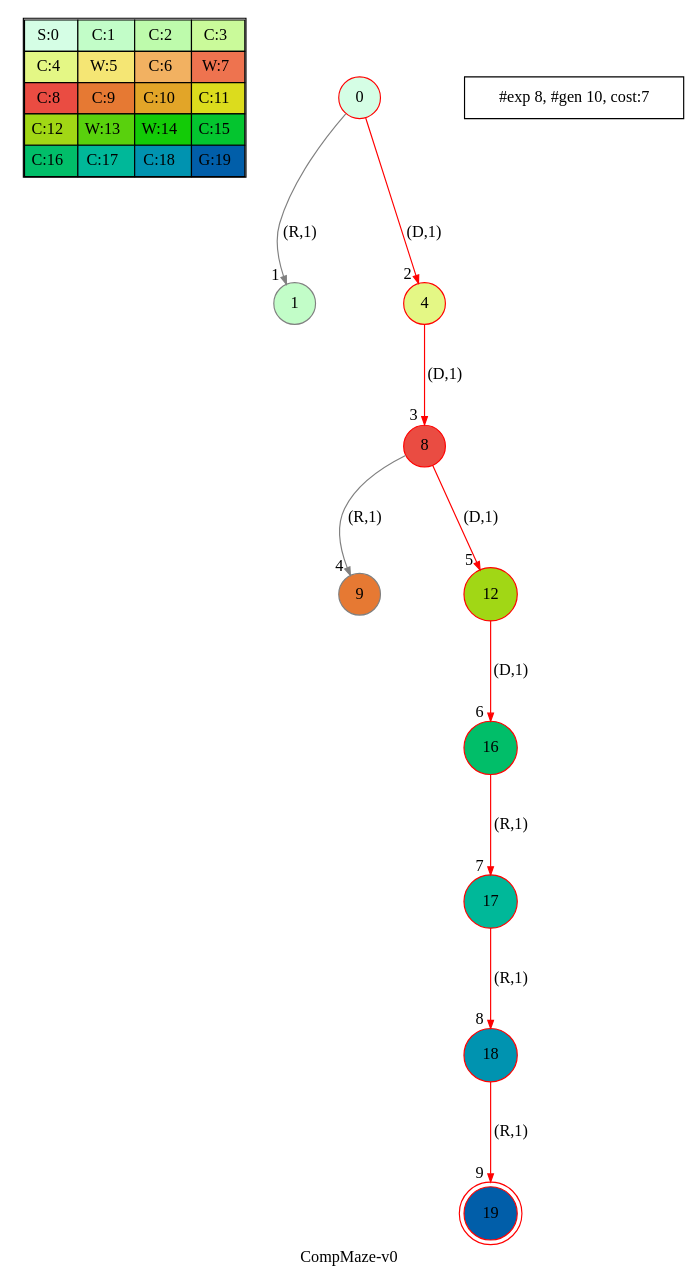
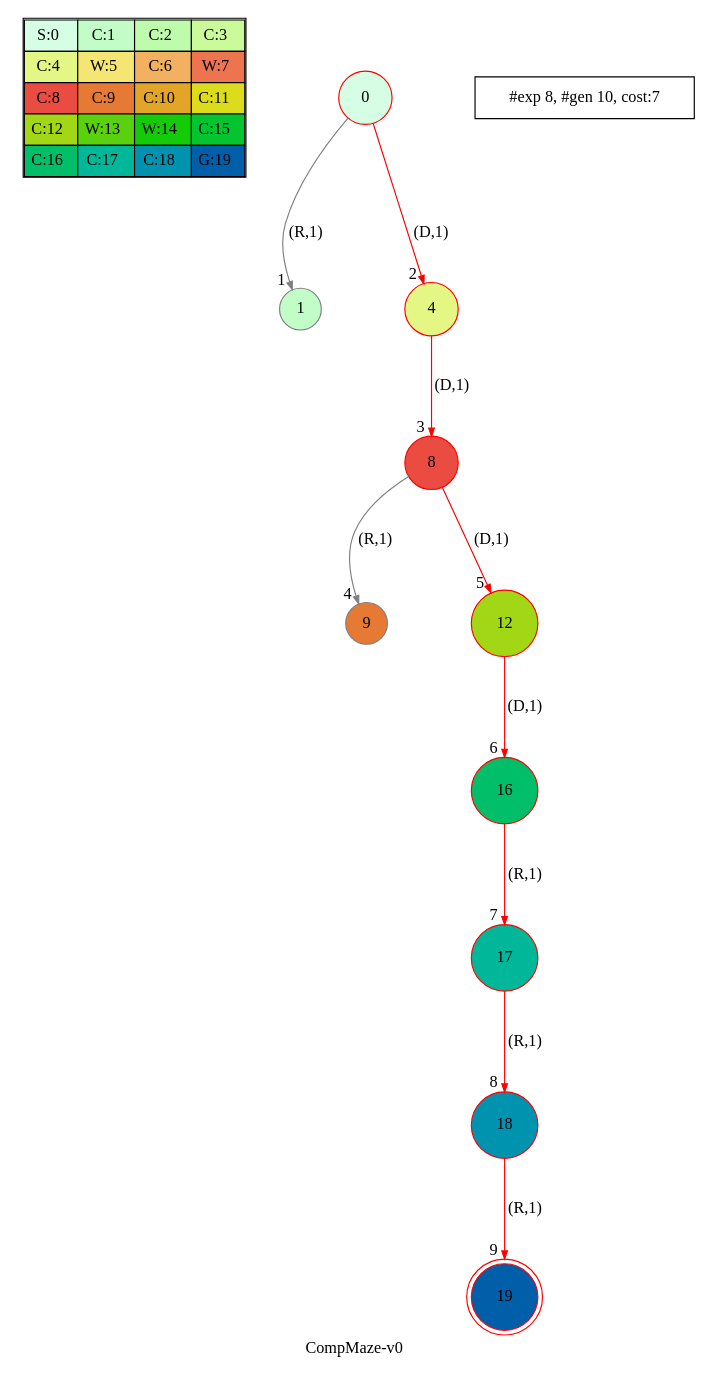
One commit to blasco991/AI changed the diagram in viz/artifacts/gs/dot/CompMaze-v0_dfs.dot. Above: the diagram before and after it, drawn with Graphviz. The commit also changed 41 other files, not shown here.

```diff
--- a/viz/artifacts/gs/dot/CompMaze-v0_dfs.dot
+++ b/viz/artifacts/gs/dot/CompMaze-v0_dfs.dot
@@ -1,21 +1,13 @@
-digraph CompMaze { label="CompMaze-v0"
+digraph CompMaze { label="CompMaze-v0" 
 subgraph MAP {label=Map;map [shape=plaintext label=<<table border="1" cellpadding="5" cellspacing="0" cellborder="1"><tr><td bgcolor="0.39803922 0.15947579 0.99679532 1.        ">S:0</td><td bgcolor="0.35098039 0.23194764 0.99315867 1.        ">C:1</td><td bgcolor="0.29607843 0.31486959 0.98720184 1.        ">C:2</td><td bgcolor="0.24901961 0.38410575 0.98063477 1.        ">C:3</td></tr><tr><td bgcolor="0.19411765 0.46220388 0.97128103 1.        ">C:4</td><td bgcolor="0.14705882 0.52643216 0.96182564 1.        ">W:5</td><td bgcolor="0.09215686 0.59770746 0.94913494 1.        ">C:6</td><td bgcolor="0.0372549  0.66454018 0.93467977 1.        ">W:7</td></tr><tr><td bgcolor="0.00980392 0.71791192 0.92090552 1.        ">C:8</td><td bgcolor="0.06470588 0.77520398 0.9032472  1.        ">C:9</td><td bgcolor="0.11176471 0.81974048 0.88677369 1.        ">C:10</td><td bgcolor="0.16666667 0.8660254  0.8660254  1.        ">C:11</td></tr><tr><td bgcolor="0.21372549 0.9005867  0.84695821 1.        ">C:12</td><td bgcolor="0.26862745 0.93467977 0.82325295 1.        ">W:13</td><td bgcolor="0.32352941 0.96182564 0.79801723 1.        ">W:14</td><td bgcolor="0.37058824 0.97940977 0.77520398 1.        ">C:15</td></tr><tr><td bgcolor="0.4254902  0.99315867 0.74725253 1.        ">C:16</td><td bgcolor="0.47254902 0.99907048 0.72218645 1.        ">C:17</td><td bgcolor="0.52745098 0.99907048 0.69169844 1.        ">C:18</td><td bgcolor="0.5745098  0.99315867 0.66454018 1.        ">G:19</td></tr></table>>]} 
-nodesep=1 ranksep=1 node [shape=circle] edge [arrowsize=0.7] 
-"0_0" [label=0 style=filled color=red  fillcolor="0.39803922 0.15947579 0.99679532 1.        "];  
-"0_0.1-1" [label=1 style=filled color=grey  fillcolor="0.35098039 0.23194764 0.99315867 1.        "];   "0_0" -> "0_0.1-1" [label="(R,1)" headlabel=" 1 " color=grey ]; 
-"0_0.4-3" [label=4 style=filled color=grey  fillcolor="0.19411765 0.46220388 0.97128103 1.        "color=red ];    "0_0" -> "0_0.4-3" [label="(D,1)" headlabel=" 2 " color=grey color=red ];  
-"0_0.4-3" [label=4 style=filled color=red  fillcolor="0.19411765 0.46220388 0.97128103 1.        "];  
-"0_0.4.8-3" [label=8 style=filled color=grey  fillcolor="0.00980392 0.71791192 0.92090552 1.        "color=red ];    "0_0.4-3" -> "0_0.4.8-3" [label="(D,1)" headlabel=" 3 " color=grey color=red ];  
-"0_0.4.8-3" [label=8 style=filled color=red  fillcolor="0.00980392 0.71791192 0.92090552 1.        "];  
-"0_0.4.8.9-1" [label=9 style=filled color=grey  fillcolor="0.06470588 0.77520398 0.9032472  1.        "];   "0_0.4.8-3" -> "0_0.4.8.9-1" [label="(R,1)" headlabel=" 4 " color=grey ]; 
-"0_0.4.8.12-3" [label=12 style=filled color=grey  fillcolor="0.21372549 0.9005867  0.84695821 1.        "color=red ];    "0_0.4.8-3" -> "0_0.4.8.12-3" [label="(D,1)" headlabel=" 5 " color=grey color=red ];  
-"0_0.4.8.12-3" [label=12 style=filled color=red  fillcolor="0.21372549 0.9005867  0.84695821 1.        "];  
-"0_0.4.8.12.16-3" [label=16 style=filled color=grey  fillcolor="0.4254902  0.99315867 0.74725253 1.        "color=red ];    "0_0.4.8.12-3" -> "0_0.4.8.12.16-3" [label="(D,1)" headlabel=" 6 " color=grey color=red ];  
-"0_0.4.8.12.16-3" [label=16 style=filled color=red  fillcolor="0.4254902  0.99315867 0.74725253 1.        "];  
-"0_0.4.8.12.16.17-1" [label=17 style=filled color=grey  fillcolor="0.47254902 0.99907048 0.72218645 1.        "color=red ];    "0_0.4.8.12.16-3" -> "0_0.4.8.12.16.17-1" [label="(R,1)" headlabel=" 7 " color=grey color=red ];  
-"0_0.4.8.12.16.17-1" [label=17 style=filled color=red  fillcolor="0.47254902 0.99907048 0.72218645 1.        "];  
-"0_0.4.8.12.16.17.18-1" [label=18 style=filled color=grey  fillcolor="0.52745098 0.99907048 0.69169844 1.        "color=red ];    "0_0.4.8.12.16.17-1" -> "0_0.4.8.12.16.17.18-1" [label="(R,1)" headlabel=" 8 " color=grey color=red ];  
-"0_0.4.8.12.16.17.18-1" [label=18 style=filled color=red  fillcolor="0.52745098 0.99907048 0.69169844 1.        "];  
-"0_0.4.8.12.16.17.18.19-1" [label=19 style=filled color=red peripheries=2 fillcolor="0.5745098  0.99315867 0.66454018 1.        "color=red ];  /*GOALSTATE*/  "0_0.4.8.12.16.17.18-1" -> "0_0.4.8.12.16.17.18.19-1" [label="(R,1)" headlabel=" 9 " color=grey color=red ];  
- "#exp 8, #gen 10, cost:7" [ shape=box ];
-}
+ nodesep=1 ranksep=1 node [shape=circle] edge [arrowsize=0.7] 
+"0_0" [label=" 0 " style=filled color=black color=red fillcolor="0.39803922 0.15947579 0.99679532 1.        " ];  "0_0.1-1" [label=1 style=filled color=grey fillcolor="0.35098039 0.23194764 0.99315867 1.        " ];   "0_0" -> "0_0.1-1" [label="(R,1)" headlabel=" 1 " color=grey ]; 
+"0_0.4-3" [label=4 style=filled color=grey color=red fillcolor="0.19411765 0.46220388 0.97128103 1.        " ];   "0_0" -> "0_0.4-3" [label="(D,1)" headlabel=" 2 " color=grey color=red ]; 
+"0_0.4-3" [label=" 4 " style=filled color=black color=red fillcolor="0.19411765 0.46220388 0.97128103 1.        " ];  "0_0.4.8-3" [label=8 style=filled color=grey color=red fillcolor="0.00980392 0.71791192 0.92090552 1.        " ];   "0_0.4-3" -> "0_0.4.8-3" [label="(D,1)" headlabel=" 3 " color=grey color=red ]; 
+"0_0.4.8-3" [label=" 8 " style=filled color=black color=red fillcolor="0.00980392 0.71791192 0.92090552 1.        " ];  "0_0.4.8.9-1" [label=9 style=filled color=grey fillcolor="0.06470588 0.77520398 0.9032472  1.        " ];   "0_0.4.8-3" -> "0_0.4.8.9-1" [label="(R,1)" headlabel=" 4 " color=grey ]; 
+"0_0.4.8.12-3" [label=12 style=filled color=grey color=red fillcolor="0.21372549 0.9005867  0.84695821 1.        " ];   "0_0.4.8-3" -> "0_0.4.8.12-3" [label="(D,1)" headlabel=" 5 " color=grey color=red ]; 
+"0_0.4.8.12-3" [label=" 12 " style=filled color=black color=red fillcolor="0.21372549 0.9005867  0.84695821 1.        " ];  "0_0.4.8.12.16-3" [label=16 style=filled color=grey color=red fillcolor="0.4254902  0.99315867 0.74725253 1.        " ];   "0_0.4.8.12-3" -> "0_0.4.8.12.16-3" [label="(D,1)" headlabel=" 6 " color=grey color=red ]; 
+"0_0.4.8.12.16-3" [label=" 16 " style=filled color=black color=red fillcolor="0.4254902  0.99315867 0.74725253 1.        " ];  "0_0.4.8.12.16.17-1" [label=17 style=filled color=grey color=red fillcolor="0.47254902 0.99907048 0.72218645 1.        " ];   "0_0.4.8.12.16-3" -> "0_0.4.8.12.16.17-1" [label="(R,1)" headlabel=" 7 " color=grey color=red ]; 
+"0_0.4.8.12.16.17-1" [label=" 17 " style=filled color=black color=red fillcolor="0.47254902 0.99907048 0.72218645 1.        " ];  "0_0.4.8.12.16.17.18-1" [label=18 style=filled color=grey color=red fillcolor="0.52745098 0.99907048 0.69169844 1.        " ];   "0_0.4.8.12.16.17-1" -> "0_0.4.8.12.16.17.18-1" [label="(R,1)" headlabel=" 8 " color=grey color=red ]; 
+"0_0.4.8.12.16.17.18-1" [label=" 18 " style=filled color=black color=red fillcolor="0.52745098 0.99907048 0.69169844 1.        " ];  "0_0.4.8.12.16.17.18.19-1" [label=" 19 " style=filled color=black color=red fillcolor="0.5745098  0.99315867 0.66454018 1.        " peripheries="2"]; /*GOALSTATE*/  "0_0.4.8.12.16.17.18-1" -> "0_0.4.8.12.16.17.18.19-1" [label="(R,1)" headlabel=" 9 " color=grey color=red ];
+"#exp 8, #gen 10, cost:7" [ shape=box ]; }
```
